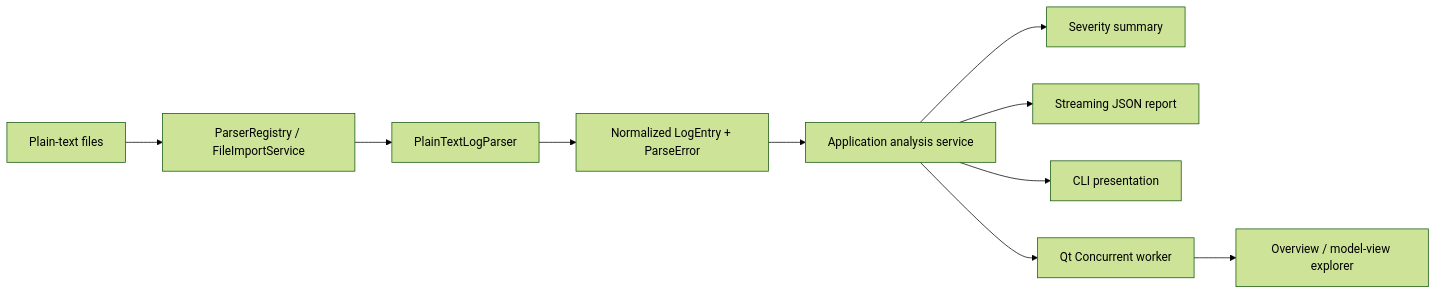
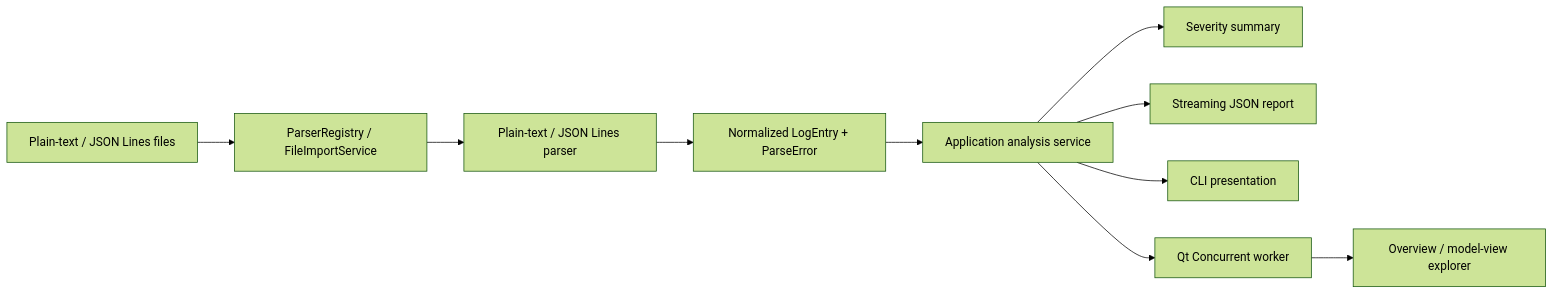
One commit to arkcadia/LogInsight changed the diagram in README.md. Above: the diagram before and after it, drawn with Mermaid (forest theme). The commit also changed other lines of this file and 17 other files, not shown here.

Commit message:
feat: add JSON Lines import and log timeline

````diff
--- a/README.md
+++ b/README.md
@@ -157,12 +175,12 @@
 ```mermaid
 flowchart LR
-    Input[Plain-text files] --> Registry[ParserRegistry / FileImportService]
-    Registry --> Parser[PlainTextLogParser]
+    Input[Plain-text / JSON Lines files] --> Registry[ParserRegistry / FileImportService]
+    Registry --> Parser[Plain-text / JSON Lines parser]
     Parser --> Model[Normalized LogEntry + ParseError]
     Model --> Service[Application analysis service]
     Service --> Summary[Severity summary]
     Service --> Report[Streaming JSON report]
     Service --> CLI[CLI presentation]
     Service --> Worker[Qt Concurrent worker]
     Worker --> GUI[Overview / model-view explorer]
 ```
````
